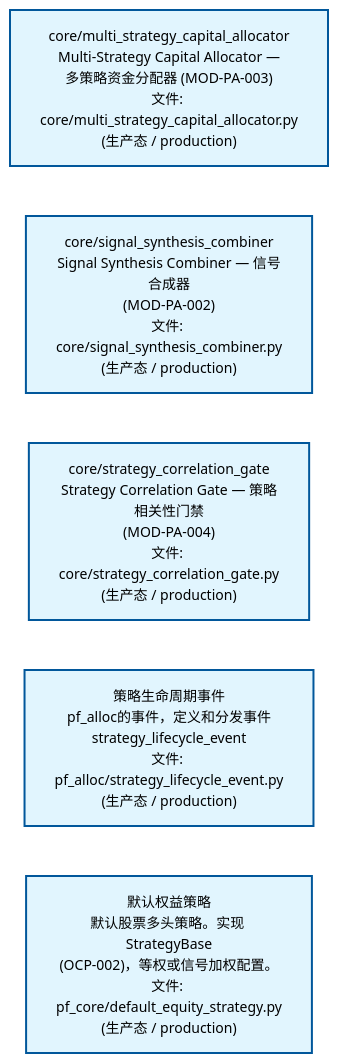
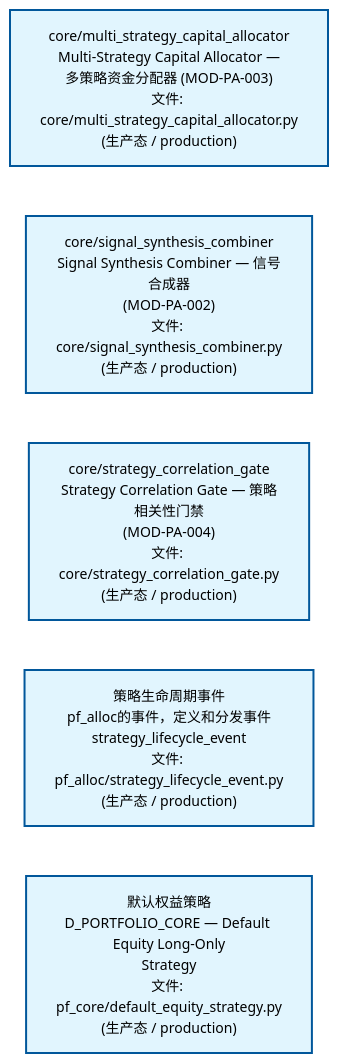
One commit to xuanFelixVan/ZephyrAlpha changed the second of 4 diagrams in docs/02_enterprise_architecture/02_domain_architecture_docs/62_d_pf_alloc.md. Above: the diagram before and after it, drawn with Mermaid. The commit also changed other lines of this file and 45 other files, not shown here.

````diff
--- a/docs/02_enterprise_architecture/02_domain_architecture_docs/62_d_pf_alloc.md
+++ b/docs/02_enterprise_architecture/02_domain_architecture_docs/62_d_pf_alloc.md
@@ -92,18 +92,18 @@
 ```mermaid
 %%{init: {'theme': 'base', 'themeVariables': {'primaryColor': '#eaeaea', 'primaryTextColor': '#333333', 'primaryBorderColor': '#666666', 'lineColor': '#666666', 'secondaryColor': '#eaeaea', 'tertiaryColor': '#eaeaea', 'fontSize': '14px'}}}%%
 flowchart TD
     src_zephyr_pf_alloc_core_multi_strategy_capital_allocator_py["core/multi_strategy_capital_allocator<br/>Multi-Strategy Capital Allocator —<br/>多策略资金分配器 (MOD-PA-003)<br/>文件: core/multi_strategy_capital_allocator.py<br/>(生产态 / production)"]
     src_zephyr_pf_alloc_core_signal_synthesis_combiner_py["core/signal_synthesis_combiner<br/>Signal Synthesis Combiner — 信号合成器<br/>(MOD-PA-002)<br/>文件: core/signal_synthesis_combiner.py<br/>(生产态 / production)"]
     src_zephyr_pf_alloc_core_strategy_correlation_gate_py["core/strategy_correlation_gate<br/>Strategy Correlation Gate — 策略相关性门禁<br/>(MOD-PA-004)<br/>文件: core/strategy_correlation_gate.py<br/>(生产态 / production)"]
     src_zephyr_pf_alloc_strategy_lifecycle_event_py["策略生命周期事件<br/>pf_alloc的事件，定义和分发事件<br/>strategy_lifecycle_event<br/>文件: pf_alloc/strategy_lifecycle_event.py<br/>(生产态 / production)"]
-    src_zephyr_pf_core_default_equity_strategy_py["默认权益策略<br/>默认股票多头策略。实现 StrategyBase<br/>(OCP-002)，等权或信号加权配置。<br/>文件: pf_core/default_equity_strategy.py<br/>(生产态 / production)"]
+    src_zephyr_pf_core_default_equity_strategy_py["默认权益策略<br/>D_PORTFOLIO_CORE — Default Equity Long-Only<br/>Strategy<br/>文件: pf_core/default_equity_strategy.py<br/>(生产态 / production)"]
     src_zephyr_pf_alloc_core_multi_strategy_capital_allocator_py ~~~ src_zephyr_pf_alloc_core_signal_synthesis_combiner_py
     src_zephyr_pf_alloc_core_signal_synthesis_combiner_py ~~~ src_zephyr_pf_alloc_core_strategy_correlation_gate_py
     src_zephyr_pf_alloc_core_strategy_correlation_gate_py ~~~ src_zephyr_pf_alloc_strategy_lifecycle_event_py
     src_zephyr_pf_alloc_strategy_lifecycle_event_py ~~~ src_zephyr_pf_core_default_equity_strategy_py
     classDef production fill:#e1f5fe,stroke:#01579b,stroke-width:2px,color:#000
     classDef design fill:#fff3e0,stroke:#e65100,stroke-width:2px,color:#000,stroke-dasharray: 5 5
     classDef external_prod fill:#e8f4fd,stroke:#0277bd,stroke-width:1px,color:#000
     classDef external_design fill:#fff8e7,stroke:#ef6c00,stroke-width:1px,color:#000,stroke-dasharray: 5 5
     class src_zephyr_pf_alloc_core_multi_strategy_capital_allocator_py,src_zephyr_pf_alloc_core_signal_synthesis_combiner_py,src_zephyr_pf_alloc_core_strategy_correlation_gate_py,src_zephyr_pf_alloc_strategy_lifecycle_event_py,src_zephyr_pf_core_default_equity_strategy_py production
 ```
````
